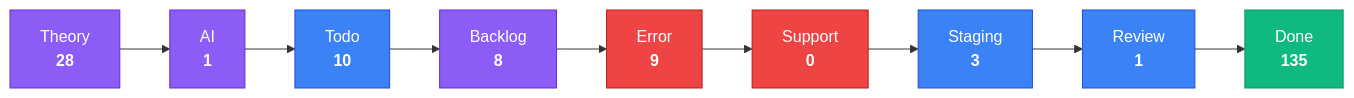
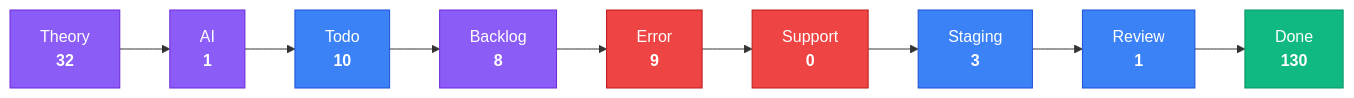
One commit to KBVE/kbve changed the third of 4 diagrams in apps/kbve/astro-kbve/src/content/docs/dashboard/kanban-data.mdx. Above: the diagram before and after it, drawn with Mermaid. The commit also changed other lines of this file and 8 other files, not shown here.

````diff
--- a/apps/kbve/astro-kbve/src/content/docs/dashboard/kanban-data.mdx
+++ b/apps/kbve/astro-kbve/src/content/docs/dashboard/kanban-data.mdx
@@ -80,28 +80,28 @@
 ```mermaid
 flowchart LR
     classDef planning fill:#8b5cf6,stroke:#6d28d9,color:#fff
     classDef active fill:#3b82f6,stroke:#1d4ed8,color:#fff
     classDef blocked fill:#ef4444,stroke:#b91c1c,color:#fff
     classDef done fill:#10b981,stroke:#059669,color:#fff
-    Theory["Theory<br/><strong>28</strong>"]
+    Theory["Theory<br/><strong>32</strong>"]
     Theory --> AI
     AI["AI<br/><strong>1</strong>"]
     AI --> Todo
     Todo["Todo<br/><strong>10</strong>"]
     Todo --> Backlog
     Backlog["Backlog<br/><strong>8</strong>"]
     Backlog --> Error
     Error["Error<br/><strong>9</strong>"]
     Error --> Support
     Support["Support<br/><strong>0</strong>"]
     Support --> Staging
     Staging["Staging<br/><strong>3</strong>"]
     Staging --> Review
     Review["Review<br/><strong>1</strong>"]
     Review --> Done
-    Done["Done<br/><strong>135</strong>"]
+    Done["Done<br/><strong>130</strong>"]
     class Theory,AI,Backlog planning
     class Todo,Staging,Review active
     class Error,Support blocked
     class Done done
 ```
````
